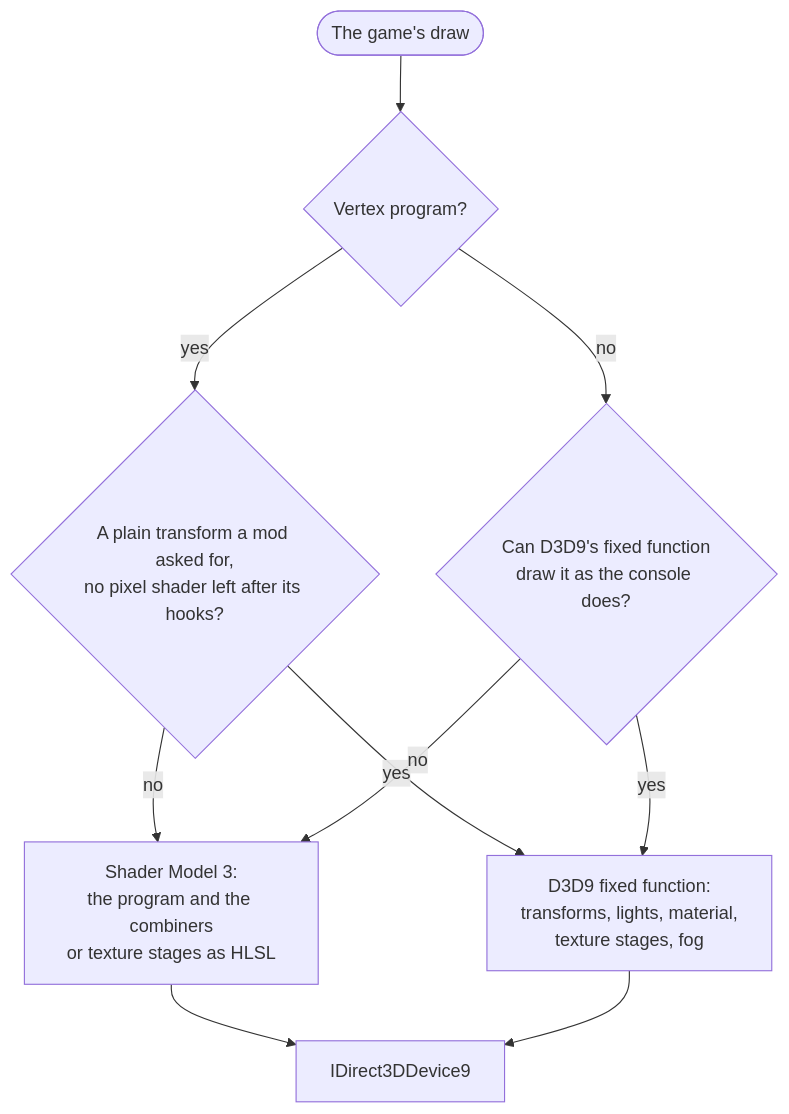
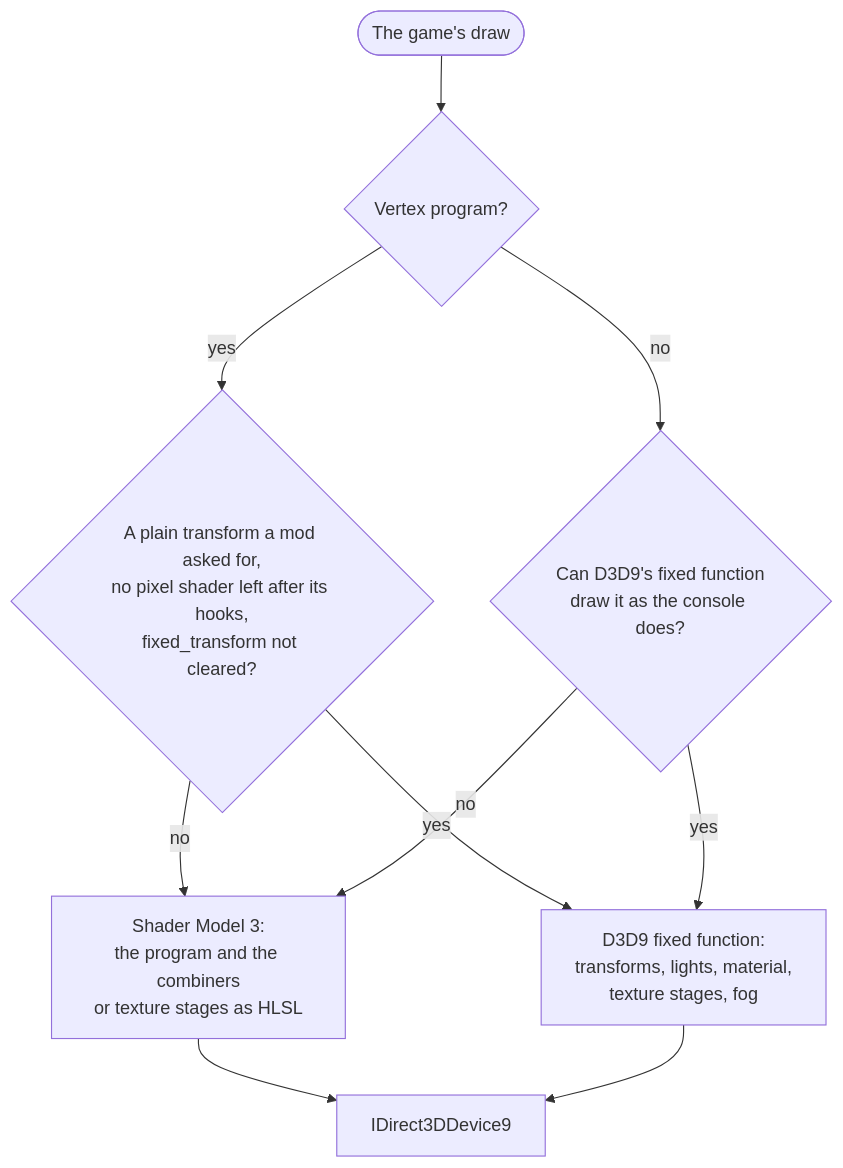
Before and after one commit to bechapm/XboxXBERecomp-D3D9: the diagram in docs/d3d9.md, drawn with Mermaid. The commit also changed other lines of this file and 3 other files, not shown here.

First line of the commit message:
D3D9: a mod that clears fixed_transform in before keeps the draw a program

````diff
--- a/docs/d3d9.md
+++ b/docs/d3d9.md
@@ -11,12 +11,12 @@
 ```mermaid
 flowchart TD
     D(["The game's draw"]) --> P{"Vertex program?"}
-    P -- yes --> T{"A plain transform a mod asked for,<br/>no pixel shader left after its hooks?"}
+    P -- yes --> T{"A plain transform a mod asked for,<br/>no pixel shader left after its hooks,<br/>fixed_transform not cleared?"}
     T -- no --> SH["Shader Model 3:<br/>the program and the combiners<br/>or texture stages as HLSL"]
     T -- yes --> FFP
     P -- no --> FF{"Can D3D9's fixed function<br/>draw it as the console does?"}
     FF -- yes --> FFP["D3D9 fixed function:<br/>transforms, lights, material,<br/>texture stages, fog"]
     FF -- no --> SH
     SH --> DEV["IDirect3DDevice9"]
     FFP --> DEV
 ```
````
